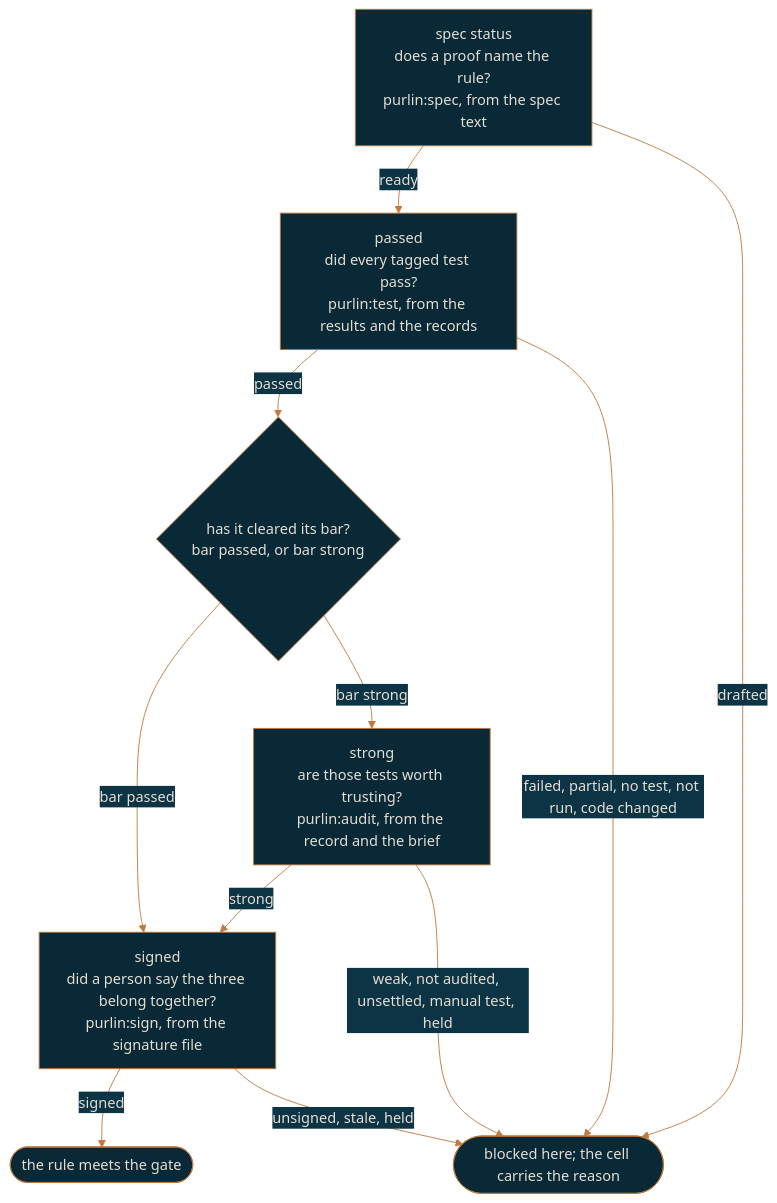
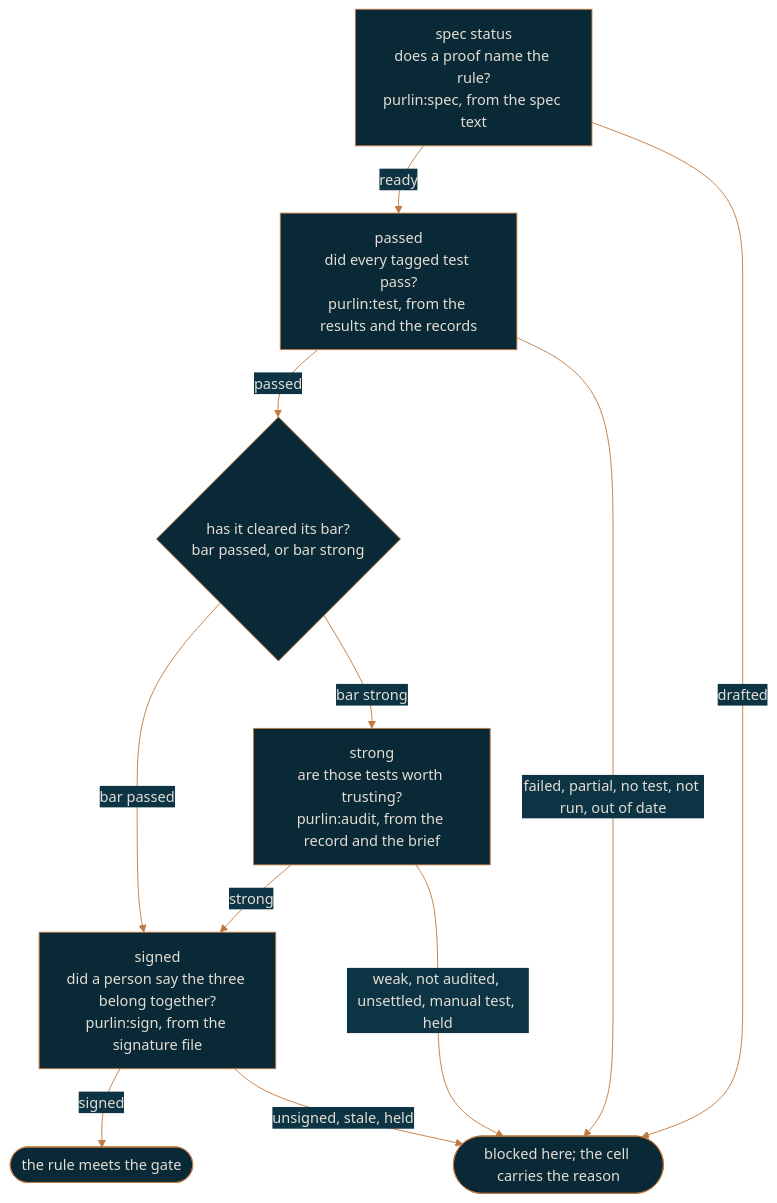
One commit to rlabarca/purlin changed the diagram in docs/how-purlin-works.md. Above: the diagram before and after it, drawn with Mermaid. The commit also changed other lines of this file and 13 other files, not shown here.

````diff
--- a/docs/how-purlin-works.md
+++ b/docs/how-purlin-works.md
@@ -11,22 +11,22 @@
 ```mermaid
 %%{init: {"theme": "base", "themeVariables": {"background": "#0C3444", "primaryColor": "#092936", "primaryTextColor": "#E4DDD4", "primaryBorderColor": "#C0793F", "lineColor": "#C0793F", "secondaryColor": "#0C3444", "tertiaryColor": "#092936", "fontFamily": "Arial", "textColor": "#E4DDD4"}}}%%
 flowchart TD
     Q0["spec status<br>does a proof name the rule?<br>purlin:spec, from the spec text"]
     Q1["passed<br>did every tagged test pass?<br>purlin:test, from the results and the records"]
     Q2["strong<br>are those tests worth trusting?<br>purlin:audit, from the record and the brief"]
     Q3["signed<br>did a person say the three belong together?<br>purlin:sign, from the signature file"]
     Bar{"has it cleared its bar?<br>bar passed, or bar strong"}
     Met(["the rule meets the gate"])
     Stop(["blocked here; the cell carries the reason"])
 
     Q0 -->|ready| Q1
     Q1 -->|passed| Bar
     Bar -->|"bar passed"| Q3
     Bar -->|"bar strong"| Q2
     Q2 -->|strong| Q3
     Q3 -->|signed| Met
     Q0 -->|drafted| Stop
-    Q1 -->|"failed, partial, no test, not run, code changed"| Stop
+    Q1 -->|"failed, partial, no test, not run, out of date"| Stop
     Q2 -->|"weak, not audited, unsettled, manual test, held"| Stop
     Q3 -->|"unsigned, stale, held"| Stop
 ```
````
